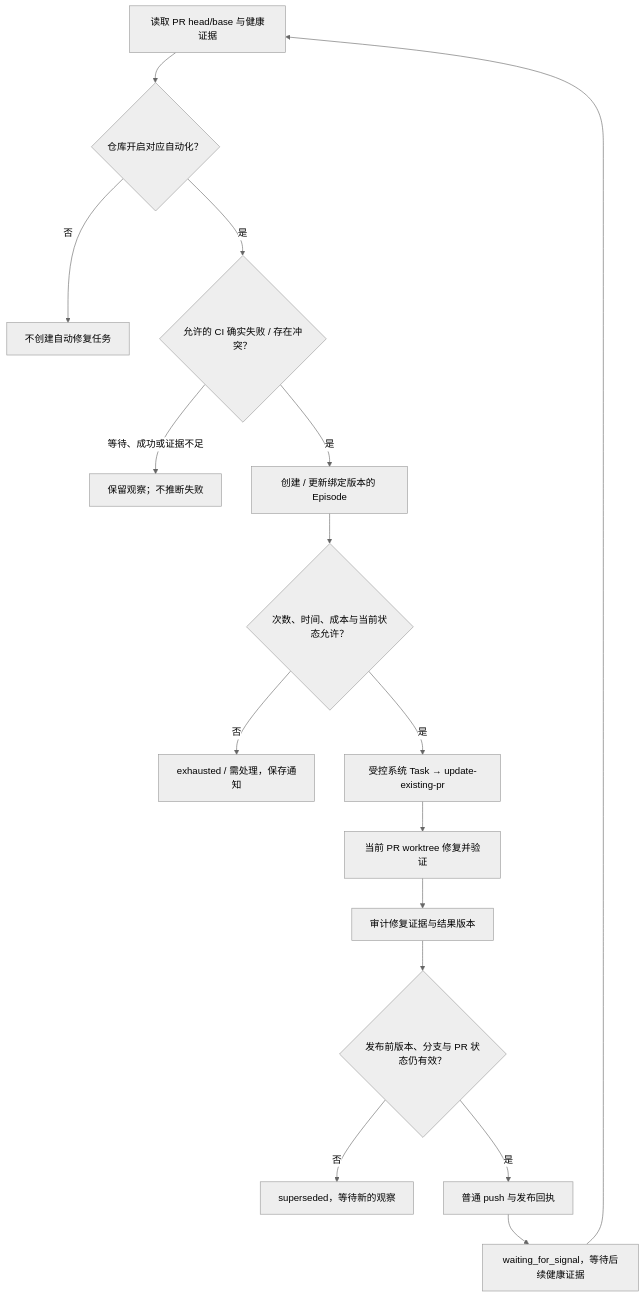
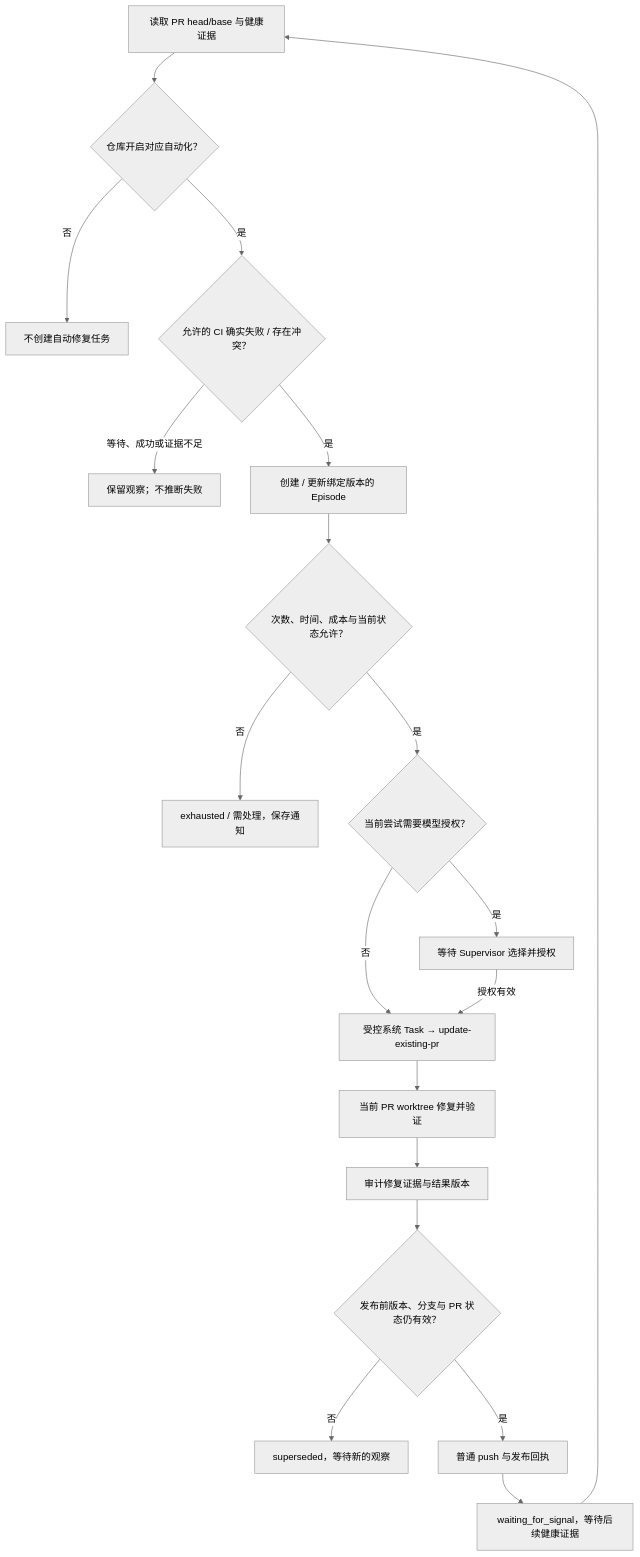
One commit to wklken/Robert changed diagram 12 of 13 in docs/architecture.md. Above: the diagram before and after it, drawn with Mermaid (neutral theme). The commit also changed other lines of this file and 23 other files, not shown here.

````diff
--- a/docs/architecture.md
+++ b/docs/architecture.md
@@ -603,18 +607,21 @@
 ```mermaid
 flowchart TD
     Health["读取 PR head/base 与健康证据"] --> Enabled{"仓库开启对应自动化？"}
     Enabled -->|"否"| Observe["不创建自动修复任务"]
     Enabled -->|"是"| Evidence{"允许的 CI 确实失败 / 存在冲突？"}
     Evidence -->|"等待、成功或证据不足"| Wait["保留观察；不推断失败"]
     Evidence -->|"是"| Episode["创建 / 更新绑定版本的 Episode"]
     Episode --> Budget{"次数、时间、成本与当前状态允许？"}
     Budget -->|"否"| Stop["exhausted / 需处理，保存通知"]
-    Budget -->|"是"| Task["受控系统 Task → update-existing-pr"]
+    Budget -->|"是"| Dispatch{"当前尝试需要模型授权？"}
+    Dispatch -->|"是"| Supervisor["等待 Supervisor 选择并授权"]
+    Dispatch -->|"否"| Task["受控系统 Task → update-existing-pr"]
+    Supervisor -->|"授权有效"| Task
     Task --> Worker["当前 PR worktree 修复并验证"]
     Worker --> Audit["审计修复证据与结果版本"]
     Audit --> Fresh{"发布前版本、分支与 PR 状态仍有效？"}
     Fresh -->|"否"| Superseded["superseded，等待新的观察"]
     Fresh -->|"是"| Push["普通 push 与发布回执"]
     Push --> Signal["waiting_for_signal，等待后续健康证据"]
     Signal --> Health
 ```
````
